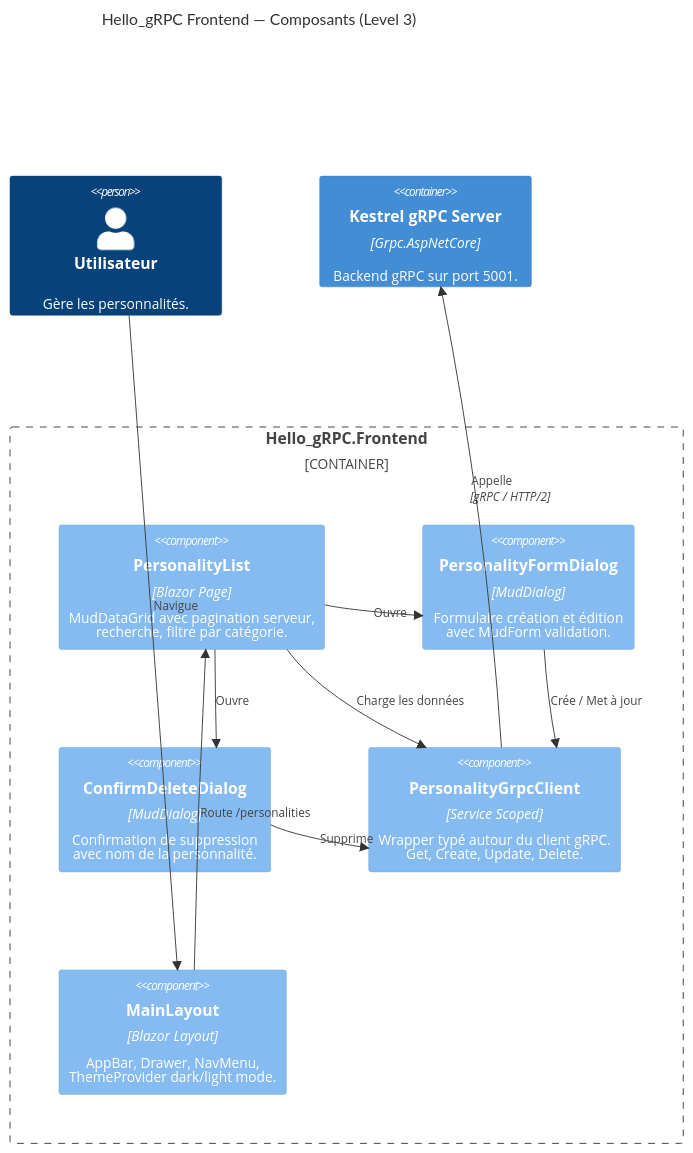
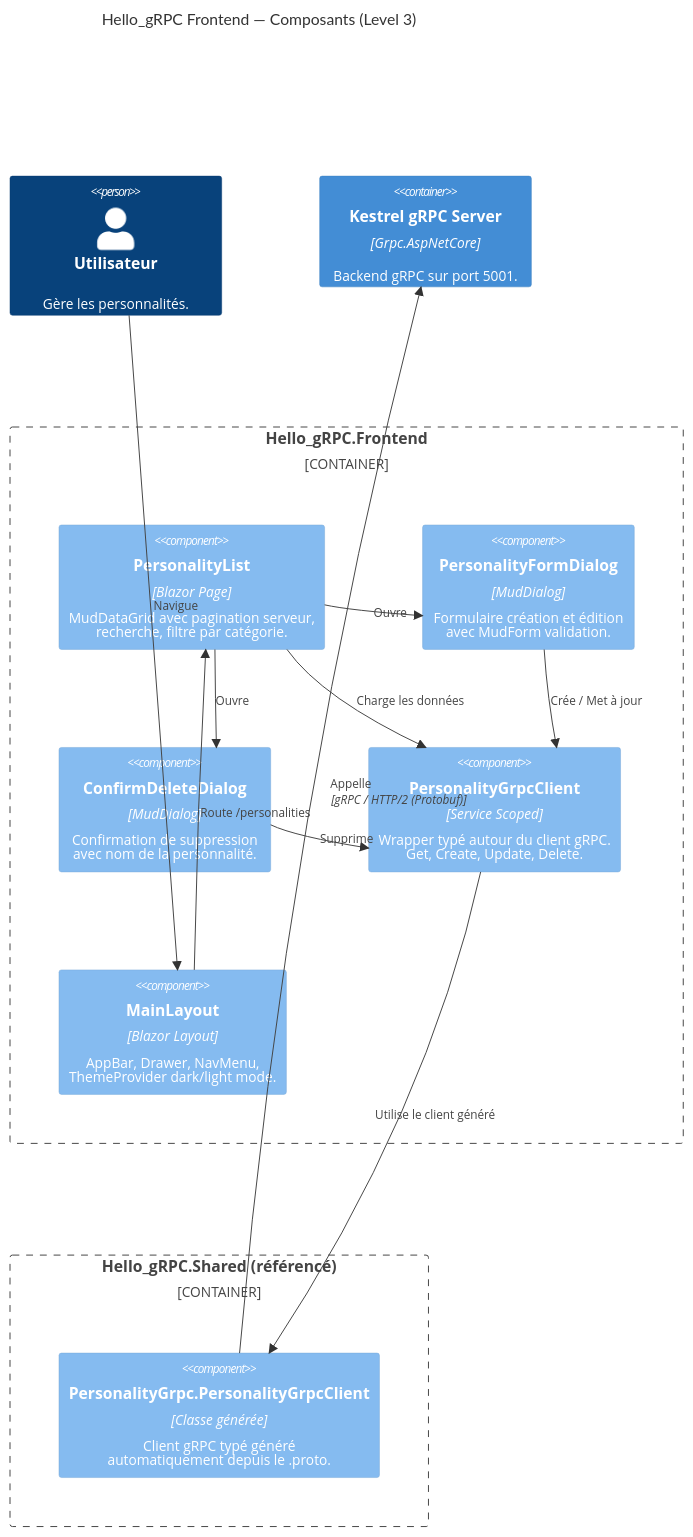
The fifth of 8 diagrams in docs/architecture-c4.md (Raph8277/Hello_gRPC), drawn with Mermaid before and after one commit. The commit also changed other lines of this file and 7 other files, not shown here.

````diff
--- a/docs/architecture-c4.md
+++ b/docs/architecture-c4.md
@@ -223,34 +562,39 @@
 ```mermaid
 C4Component
     title Hello_gRPC Frontend — Composants (Level 3)
 
     Person(user, "Utilisateur", "Gère les personnalités.")
 
     Container_Boundary(frontend, "Hello_gRPC.Frontend") {
 
         Component(listPage, "PersonalityList", "Blazor Page", "MudDataGrid avec pagination serveur,<br/>recherche, filtre par catégorie.")
 
         Component(formDialog, "PersonalityFormDialog", "MudDialog", "Formulaire création et édition<br/>avec MudForm validation.")
 
         Component(deleteDialog, "ConfirmDeleteDialog", "MudDialog", "Confirmation de suppression<br/>avec nom de la personnalité.")
 
         Component(grpcWrapper, "PersonalityGrpcClient", "Service Scoped", "Wrapper typé autour du client gRPC.<br/>Get, Create, Update, Delete.")
 
         Component(layout, "MainLayout", "Blazor Layout", "AppBar, Drawer, NavMenu,<br/>ThemeProvider dark/light mode.")
     }
 
+    Container_Boundary(sharedRef, "Hello_gRPC.Shared (référencé)") {
+        Component(generatedClient, "PersonalityGrpc.PersonalityGrpcClient", "Classe générée", "Client gRPC typé généré<br/>automatiquement depuis le .proto.")
+    }
+
     Container(kestrel, "Kestrel gRPC Server", "Grpc.AspNetCore", "Backend gRPC sur port 5001.")
 
     Rel(user, layout, "Navigue")
     Rel(layout, listPage, "Route /personalities")
     Rel(listPage, formDialog, "Ouvre")
     Rel(listPage, deleteDialog, "Ouvre")
     Rel(listPage, grpcWrapper, "Charge les données")
     Rel(formDialog, grpcWrapper, "Crée / Met à jour")
     Rel(deleteDialog, grpcWrapper, "Supprime")
-    Rel(grpcWrapper, kestrel, "Appelle", "gRPC / HTTP/2")
+    Rel(grpcWrapper, generatedClient, "Utilise le client généré")
+    Rel(generatedClient, kestrel, "Appelle", "gRPC / HTTP/2 (Protobuf)")
 
     UpdateRelStyle(user, layout, $offsetY="-40")
-    UpdateRelStyle(grpcWrapper, kestrel, $offsetY="-40")
+    UpdateRelStyle(generatedClient, kestrel, $offsetY="-40")
     UpdateLayoutConfig($c4ShapeInRow="3", $c4BoundaryInRow="1")
 ```
````
